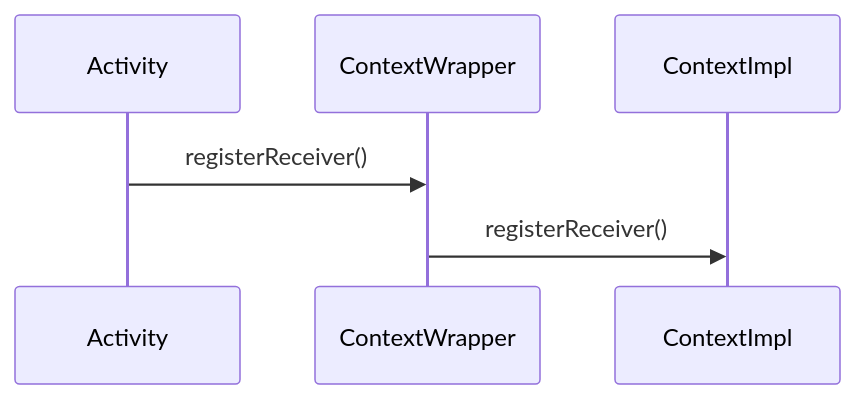
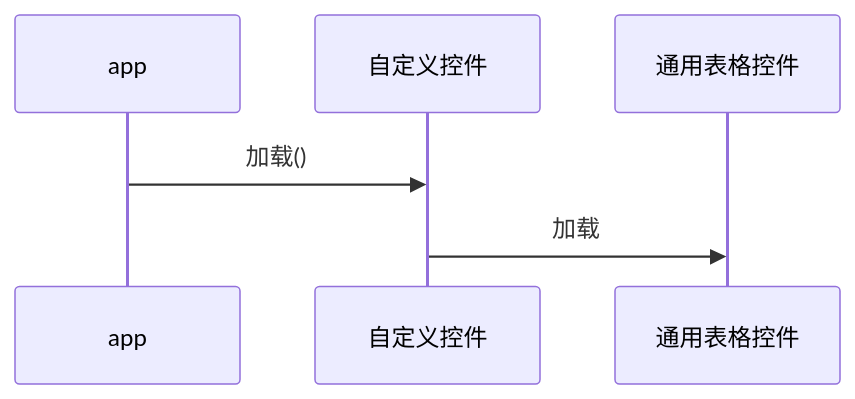
The second of 2 diagrams in readme/table.md (chiefzzs/myFirst), drawn with Mermaid before and after one commit. The commit also changed other lines of this file and 3 other files, not shown here.

````diff
--- a/readme/table.md
+++ b/readme/table.md
@@ -20,7 +22,8 @@
 ```mermaid
 sequenceDiagram
-    Activity ->> ContextWrapper : registerReceiver()
-    ContextWrapper ->> ContextImpl : registerReceiver()
+    app ->> 自定义控件 : 加载()
+    自定义控件 ->> 通用表格控件 : 加载
+    
 
 
 ```
````
